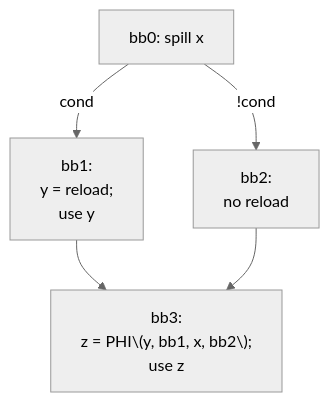
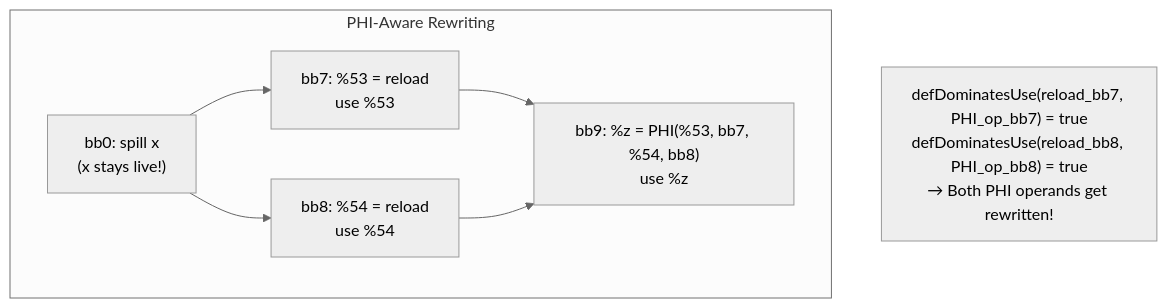
One commit to alex-t/ssa-spiller-docs changed the fourth of 5 diagrams in SSA_Spiller/04-Design/Decisions.md. Above: the diagram before and after it, drawn with Mermaid (neutral theme). The commit also changed other lines of this file and 3 other files, not shown here.

````diff
--- a/SSA_Spiller/04-Design/Decisions.md
+++ b/SSA_Spiller/04-Design/Decisions.md
@@ -70,7 +143,16 @@
 ```mermaid
 flowchart TD
-	S["bb0: spill x"] -->|cond| U1[bb1:<br/>y = reload;<br/>use y]
-	S -->|!cond| B2[bb2:<br/>no reload]
-	U1 --> J["bb3:<br/>z = PHI\(y, bb1, x, bb2\);<br/>use z"]
-	B2 --> J
+    subgraph "PHI-Aware Rewriting"
+        S["bb0: spill x<br/>(x stays live!)"]
+        B7["bb7: %53 = reload<br/>use %53"]
+        B8["bb8: %54 = reload<br/>use %54"]
+        J["bb9: %z = PHI(%53, bb7, %54, bb8)<br/>use %z"]
+
+        S --> B7
+        S --> B8
+        B7 --> J
+        B8 --> J
+    end
+
+    note["defDominatesUse(reload_bb7, PHI_op_bb7) = true<br/>defDominatesUse(reload_bb8, PHI_op_bb8) = true<br/>→ Both PHI operands get rewritten!"]
 ```
````
